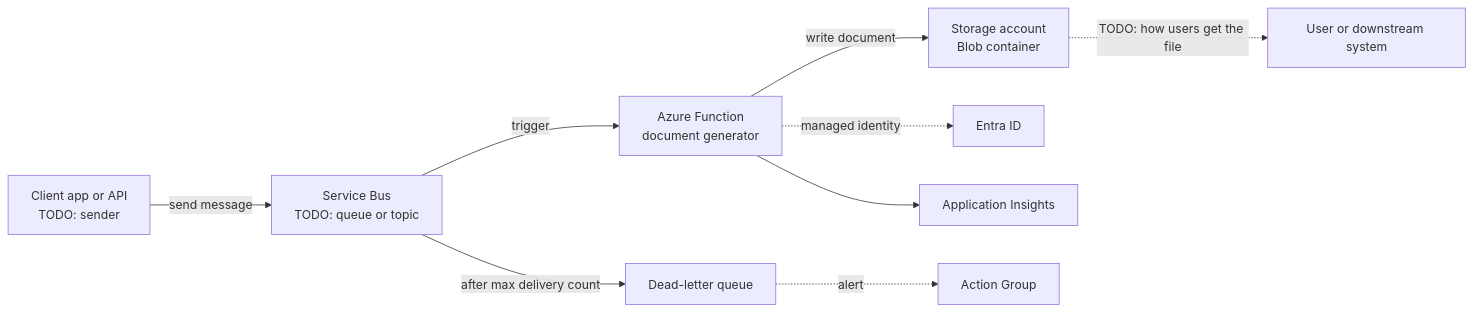
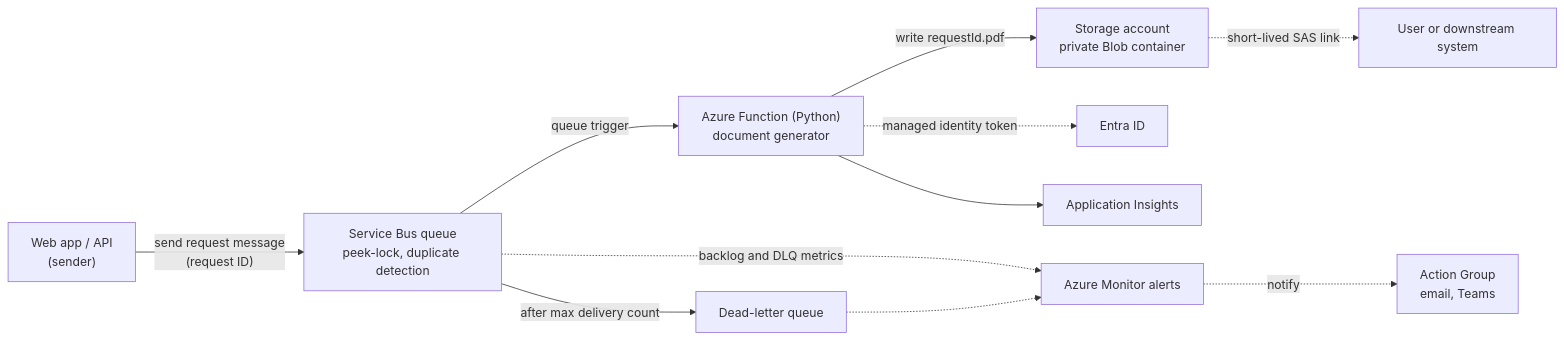
The diagram in my-projects/07-azure-functions-service-bus-documents.md (SivaKumarMahan/interview-questions), drawn with Mermaid before and after one commit. The commit also changed other lines of this file and 13 other files, not shown here.

````diff
--- a/my-projects/07-azure-functions-service-bus-documents.md
+++ b/my-projects/07-azure-functions-service-bus-documents.md
@@ -48,11 +49,13 @@
 ```mermaid
 flowchart LR
-    APP["Client app or API<br/>TODO: sender"] -->|"send message"| SB["Service Bus<br/>TODO: queue or topic"]
-    SB -->|"trigger"| FN["Azure Function<br/>document generator"]
-    FN -->|"write document"| ST["Storage account<br/>Blob container"]
+    APP["Web app / API<br/>(sender)"] -->|"send request message<br/>(request ID)"| SB["Service Bus queue<br/>peek-lock, duplicate detection"]
+    SB -->|"queue trigger"| FN["Azure Function (Python)<br/>document generator"]
+    FN -->|"write requestId.pdf"| ST["Storage account<br/>private Blob container"]
     SB -->|"after max delivery count"| DLQ["Dead-letter queue"]
-    FN -.->|"managed identity"| ENTRA["Entra ID"]
+    FN -.->|"managed identity token"| ENTRA["Entra ID"]
     FN --> AI["Application Insights"]
-    DLQ -.->|"alert"| AG["Action Group"]
-    ST -.->|"TODO: how users get the file"| USER["User or downstream system"]
+    SB -.->|"backlog and DLQ metrics"| MON["Azure Monitor alerts"]
+    DLQ -.-> MON
+    MON -.->|"notify"| AG["Action Group<br/>email, Teams"]
+    ST -.->|"short-lived SAS link"| USER["User or downstream system"]
 ```
````
